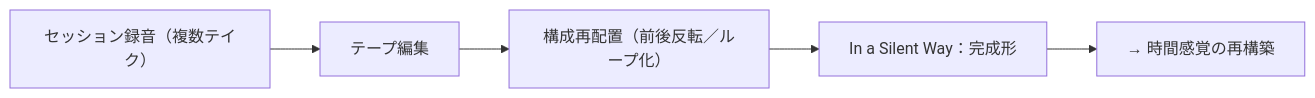
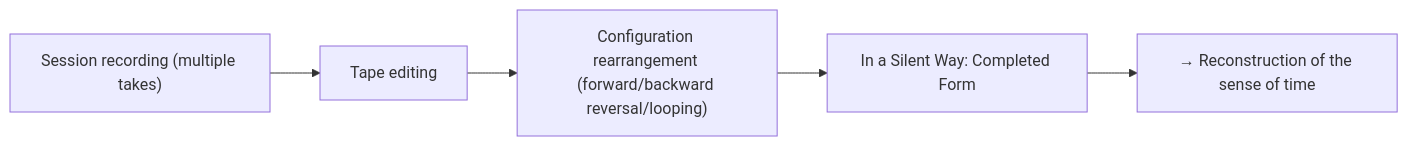
The first of 12 diagrams in en/_posts/2025-10-28-column-macero-miles.md (monumental-movement/monumental-movement.github.io), drawn with Mermaid before and after one commit. The commit also changed other lines of this file and 152 other files, not shown here.

```diff
--- a/en/_posts/2025-10-28-column-macero-miles.md
+++ b/en/_posts/2025-10-28-column-macero-miles.md
@@ -67,10 +67,10 @@
 <div class="mermaid">
 
 flowchart LR
-    A["セッション録音（複数テイク）"] --> B["テープ編集"]
-    B --> C["構成再配置（前後反転／ループ化）"]
-    C --> D["In a Silent Way：完成形"]
-    D --> E["→ 時間感覚の再構築"]
+    A["Session recording (multiple takes)"] --> B["Tape editing"]
+    B --> C["Configuration rearrangement (forward/backward reversal/looping)"]
+    C --> D["In a Silent Way: Completed Form"]
+    D --> E["→ Reconstruction of the sense of time"]
 
 
 </div>
```
